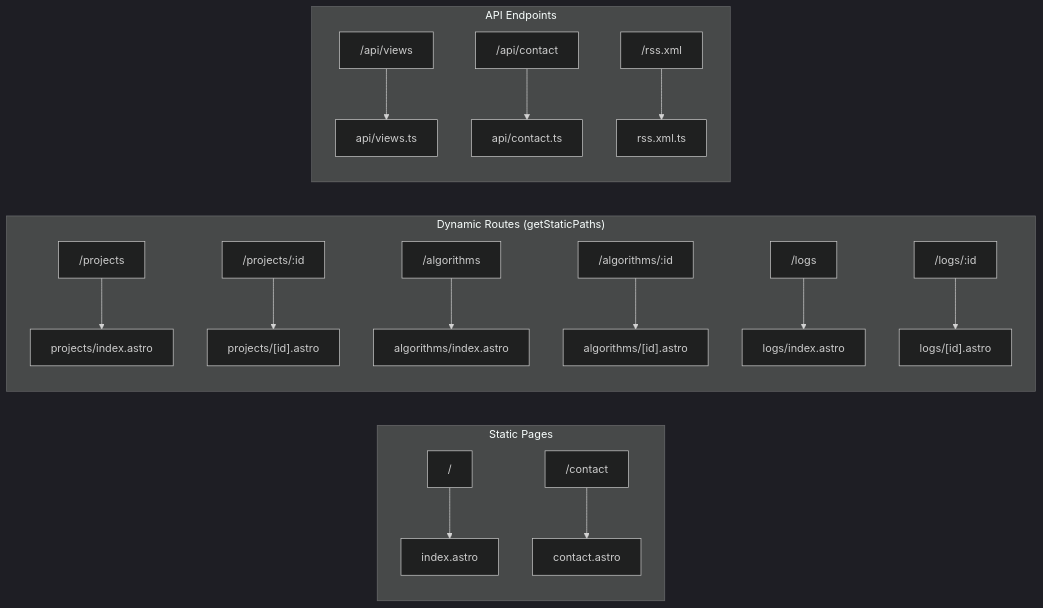
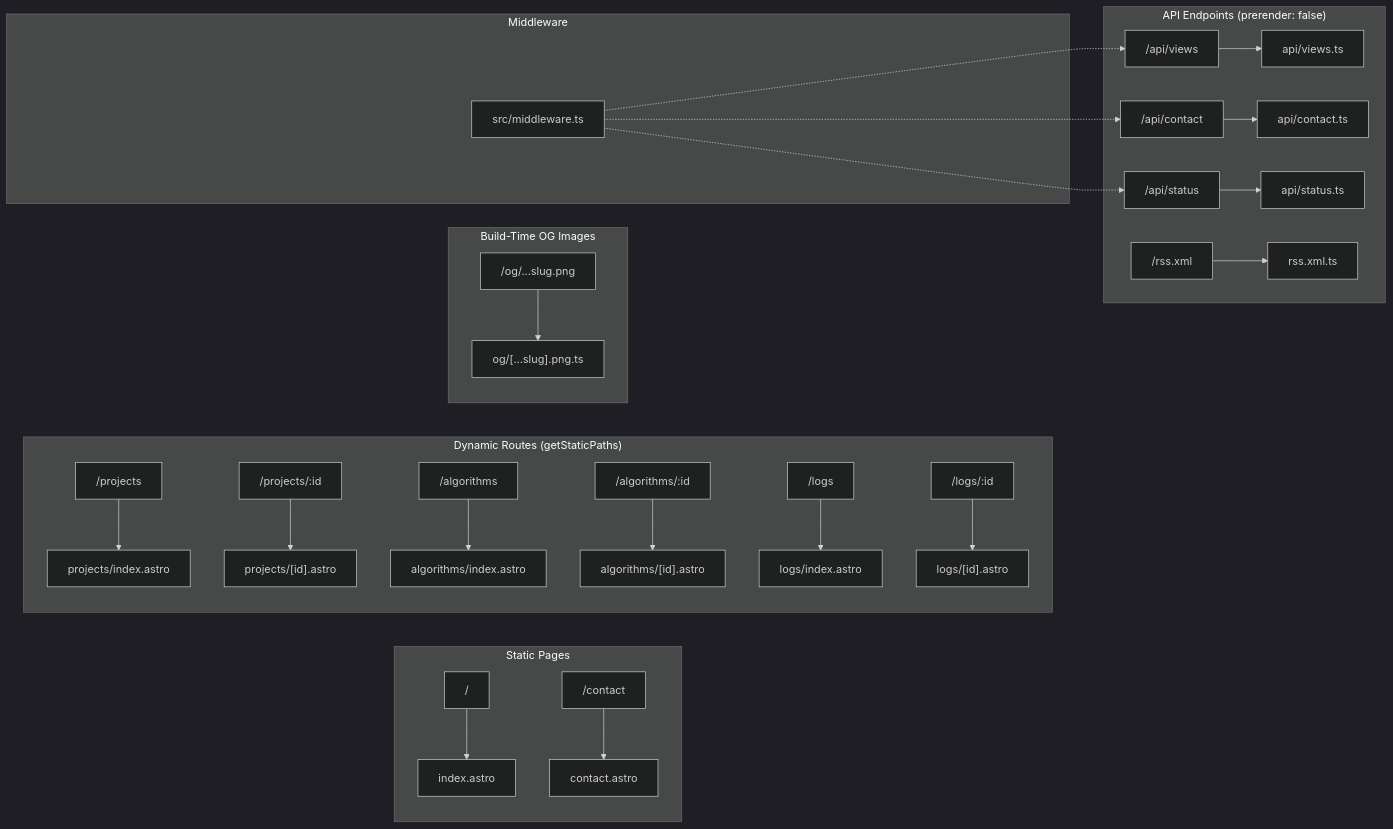
One commit to Sharmaharshitnone/portfolio changed the diagram in architecture/LLD/04-routing-api-contracts.md. Above: the diagram before and after it, drawn with Mermaid (dark theme). The commit also changed other lines of this file and 29 other files, not shown here.

````diff
--- a/architecture/LLD/04-routing-api-contracts.md
+++ b/architecture/LLD/04-routing-api-contracts.md
@@ -5,22 +5,33 @@
 ```mermaid
 graph LR
     subgraph Static ["Static Pages"]
         I["/"] --> index.astro
         C["/contact"] --> contact.astro
     end
 
     subgraph Dynamic ["Dynamic Routes (getStaticPaths)"]
         P1["/projects"] --> projects/index.astro
         P2["/projects/:id"] --> projects/id.astro["projects/[id].astro"]
         A1["/algorithms"] --> algorithms/index.astro
         A2["/algorithms/:id"] --> algorithms/id.astro["algorithms/[id].astro"]
         L1["/logs"] --> logs/index.astro
         L2["/logs/:id"] --> logs/id.astro["logs/[id].astro"]
     end
 
-    subgraph API ["API Endpoints"]
+    subgraph OG ["Build-Time OG Images"]
+        OG1["/og/...slug.png"] --> og/slug.png.ts["og/[...slug].png.ts"]
+    end
+
+    subgraph API ["API Endpoints (prerender: false)"]
         V["/api/views"] --> api/views.ts
         CF["/api/contact"] --> api/contact.ts
+        ST["/api/status"] --> api/status.ts
         R["/rss.xml"] --> rss.xml.ts
     end
+
+    subgraph MW ["Middleware"]
+        MID["src/middleware.ts"] -.-> V
+        MID -.-> CF
+        MID -.-> ST
+    end
 ```
````
